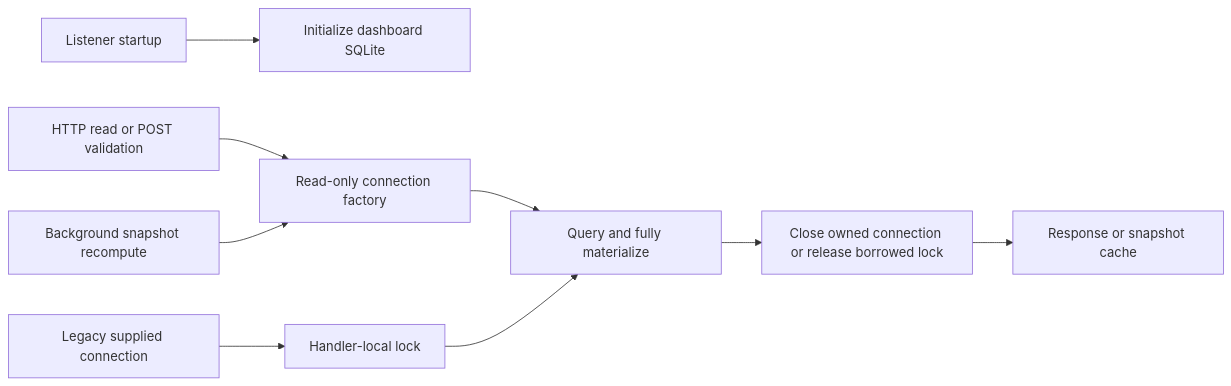
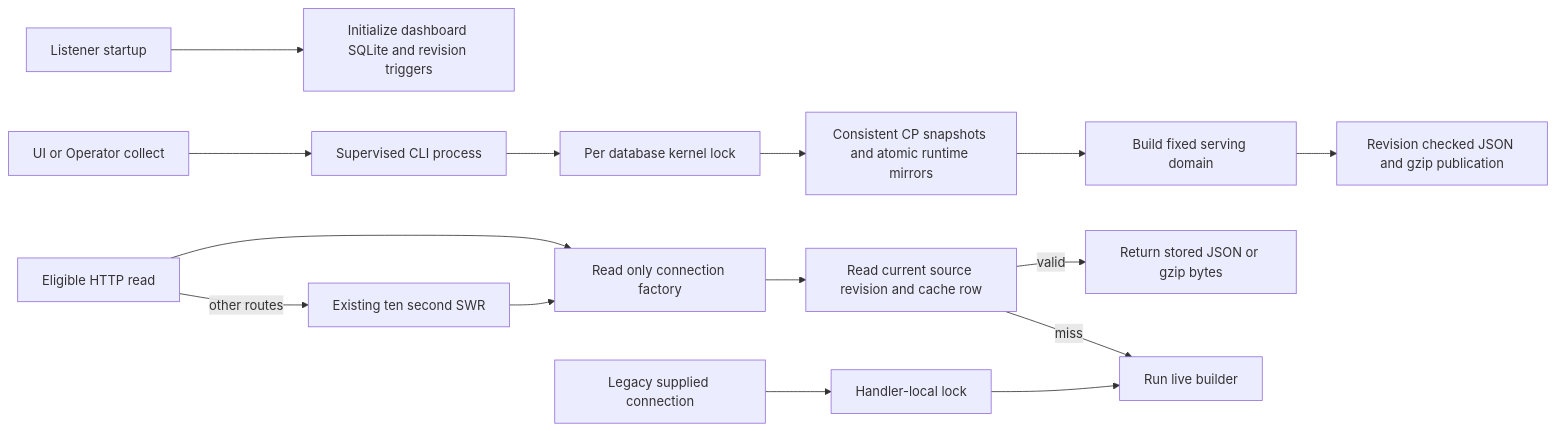
Before and after one commit to helloimcx/skills: the diagram in docs/architecture/modules/code-loop.md, drawn with Mermaid. The commit also changed other lines of this file and 19 other files, not shown here.

````diff
--- a/docs/architecture/modules/code-loop.md
+++ b/docs/architecture/modules/code-loop.md
@@ -17,11 +22,17 @@
 ```mermaid
 flowchart LR
-    I[Listener startup] --> W[Initialize dashboard SQLite]
-    H[HTTP read or POST validation] --> F[Read-only connection factory]
-    B[Background snapshot recompute] --> F
-    F --> Q[Query and fully materialize]
-    Q --> C[Close owned connection or release borrowed lock]
-    C --> R[Response or snapshot cache]
-    L[Legacy supplied connection] --> K[Handler-local lock]
+    I[Listener startup] --> W[Initialize dashboard SQLite and revision triggers]
+    U[UI or Operator collect] --> P[Supervised CLI process]
+    P --> L[Per database kernel lock]
+    L --> M[Consistent CP snapshots and atomic runtime mirrors]
+    M --> B[Build fixed serving domain]
+    B --> V[Revision checked JSON and gzip publication]
+    H[Eligible HTTP read] --> F[Read only connection factory]
+    F --> C[Read current source revision and cache row]
+    C -->|valid| R[Return stored JSON or gzip bytes]
+    C -->|miss| Q[Run live builder]
+    H -->|other routes| S[Existing ten second SWR]
+    S --> F
+    O[Legacy supplied connection] --> K[Handler-local lock]
     K --> Q
 ```
````
